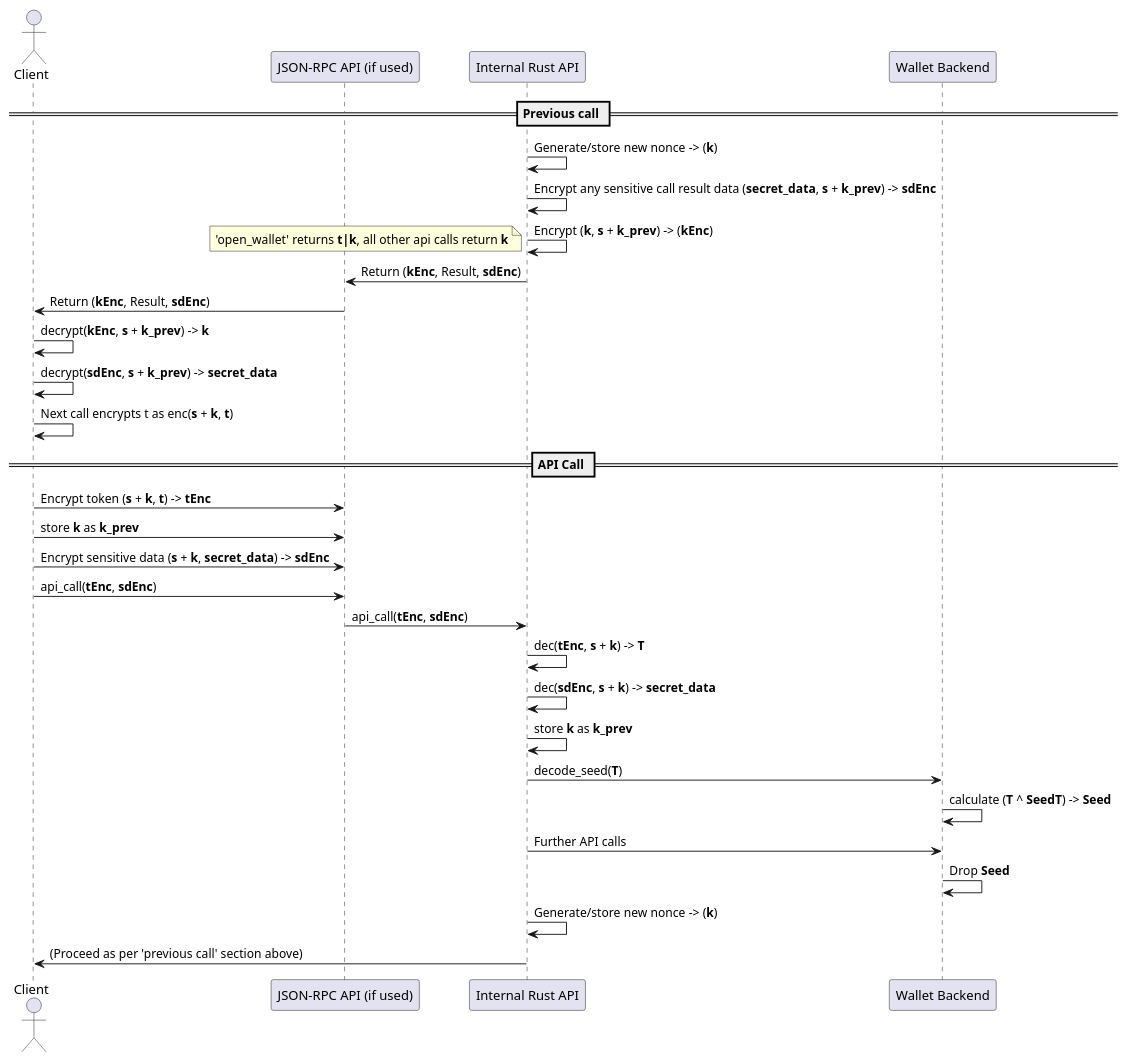
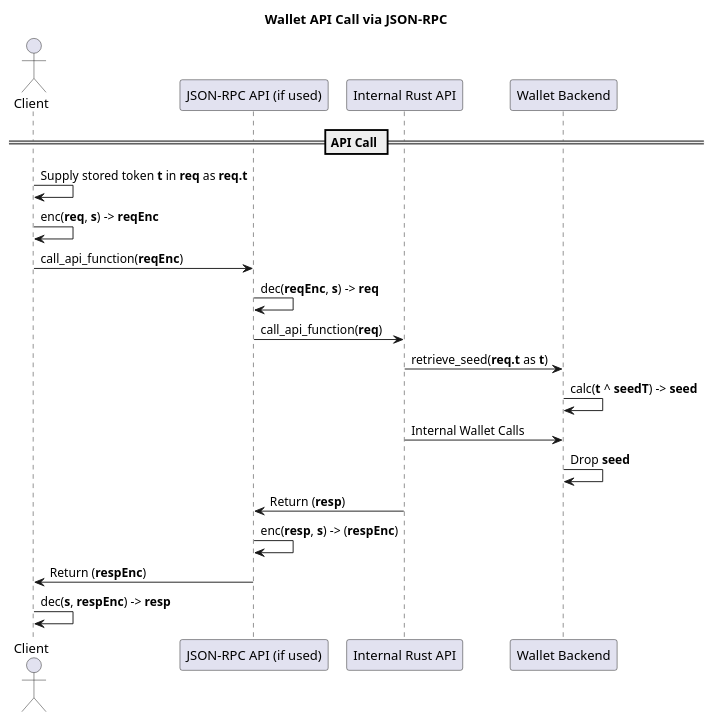
One commit to mimblewimble/grin-rfcs changed the diagram in assets/0000/0000-api-call.puml. Above: the diagram before and after it, drawn with PlantUML. The commit also changed 12 other files, not shown here.

Commit message:
Update security model to encrypt entire JSON-RPC request/response

```diff
--- a/assets/0000/0000-api-call.puml
+++ b/assets/0000/0000-api-call.puml
@@ -1,34 +1,24 @@
 @startuml
 actor "Client" as client
 participant "JSON-RPC API (if used)" as jsonrpc
 participant "Internal Rust API" as rustapi
 participant "Wallet Backend" as backend
 
-== Previous call ==
+title Wallet API Call via JSON-RPC
 
-rustapi -> rustapi: Generate/store new nonce -> (**k**)
-rustapi -> rustapi: Encrypt any sensitive call result data (**secret_data**, **s** + **k_prev**) -> **sdEnc**
-rustapi -> rustapi: Encrypt (**k**, **s** + **k_prev**) -> (**kEnc**)
-note left: 'open_wallet' returns **t|k**, all other api calls return **k**
-rustapi -> jsonrpc: Return (**kEnc**, Result, **sdEnc**)
-jsonrpc -> client: Return (**kEnc**, Result, **sdEnc**)
-client -> client: decrypt(**kEnc**, **s** + **k_prev**) -> **k**
-client -> client: decrypt(**sdEnc**, **s** + **k_prev**) -> **secret_data**
-client -> client: Next call encrypts t as enc(**s** + **k**, **t**)
 
 == API Call ==
-client -> jsonrpc: Encrypt token (**s** + **k**, **t**) -> **tEnc**
-client -> jsonrpc: store **k** as **k_prev**
-client -> jsonrpc: Encrypt sensitive data (**s** + **k**, **secret_data**) -> **sdEnc**
-client -> jsonrpc: api_call(**tEnc**, **sdEnc**)
-jsonrpc -> rustapi: api_call(**tEnc**, **sdEnc**)
-rustapi -> rustapi: dec(**tEnc**, **s** + **k**) -> **T**
-rustapi -> rustapi: dec(**sdEnc**, **s** + **k**) -> **secret_data**
-rustapi -> rustapi: store **k** as **k_prev**
-rustapi -> backend: decode_seed(**T**)
-backend -> backend: calculate (**T** ^ **SeedT**) -> **Seed**
-rustapi -> backend: Further API calls
-backend -> backend: Drop **Seed**
-rustapi -> rustapi: Generate/store new nonce -> (**k**)
-rustapi -> client: (Proceed as per 'previous call' section above)
+client -> client: Supply stored token **t** in **req** as **req.t**
+client -> client: enc(**req**, **s**) -> **reqEnc**
+client -> jsonrpc: call_api_function(**reqEnc**)
+jsonrpc -> jsonrpc: dec(**reqEnc**, **s**) -> **req**
+jsonrpc -> rustapi: call_api_function(**req**)
+rustapi -> backend: retrieve_seed(**req.t** as **t**)
+backend -> backend: calc(**t** ^ **seedT**) -> **seed**
+rustapi -> backend: Internal Wallet Calls
+backend -> backend: Drop **seed**
+rustapi -> jsonrpc: Return (**resp**)
+jsonrpc -> jsonrpc: enc(**resp**, **s**) -> (**respEnc**)
+jsonrpc -> client: Return (**respEnc**)
+client -> client: dec(**s**, **respEnc**) -> **resp**
 @enduml
```
